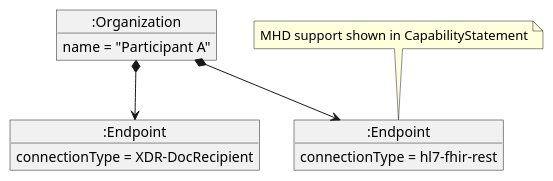
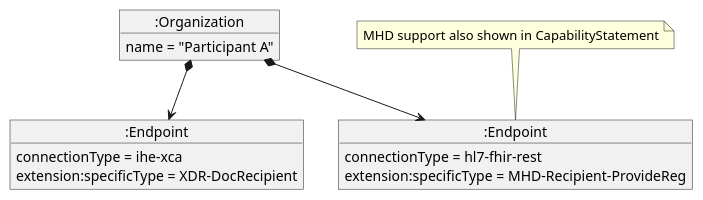
One commit to IHE/ITI.mCSD changed the diagram in input/images-source/dir-endpoint-xdr-mhd.plantuml. Above: the diagram before and after it, drawn with PlantUML.

```diff
--- a/input/images-source/dir-endpoint-xdr-mhd.plantuml
+++ b/input/images-source/dir-endpoint-xdr-mhd.plantuml
@@ -1,16 +1,18 @@
 @startuml
 hide footbox
 
 object ":Organization" as Organization
 Organization : name = "Participant A"
 object ":Endpoint" as Responder38
-Responder38 : connectionType = XDR-DocRecipient
+Responder38 : connectionType = ihe-xca
+Responder38 : extension:specificType = XDR-DocRecipient
 object ":Endpoint" as Responder39
 Responder39 : connectionType = hl7-fhir-rest
+Responder39 : extension:specificType = MHD-Recipient-ProvideReg
 
 Organization *--> Responder38
 Organization *--> Responder39
-note "MHD support shown in CapabilityStatement" as N1
+note "MHD support also shown in CapabilityStatement" as N1
 N1 .. Responder39
 
 @enduml
```
